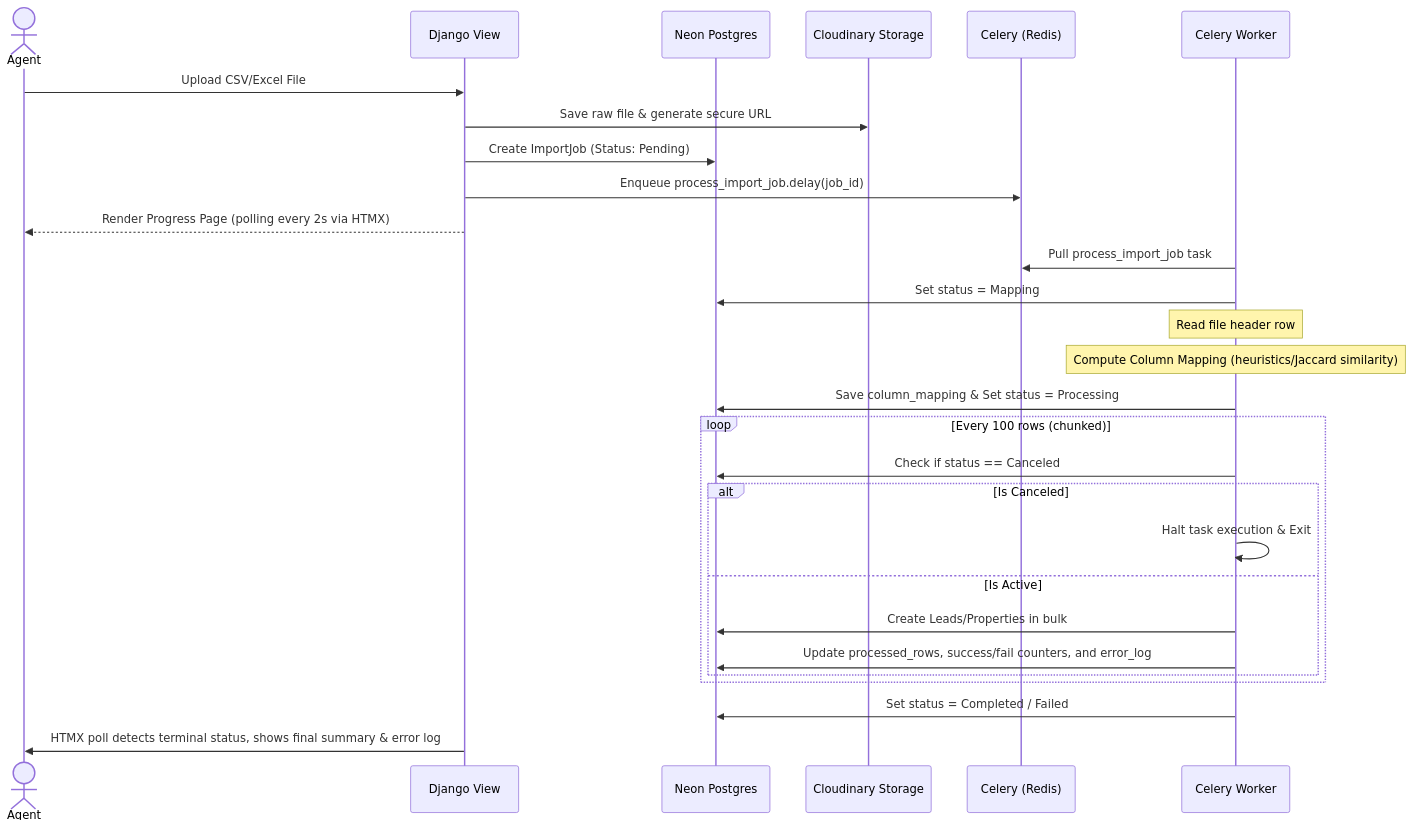
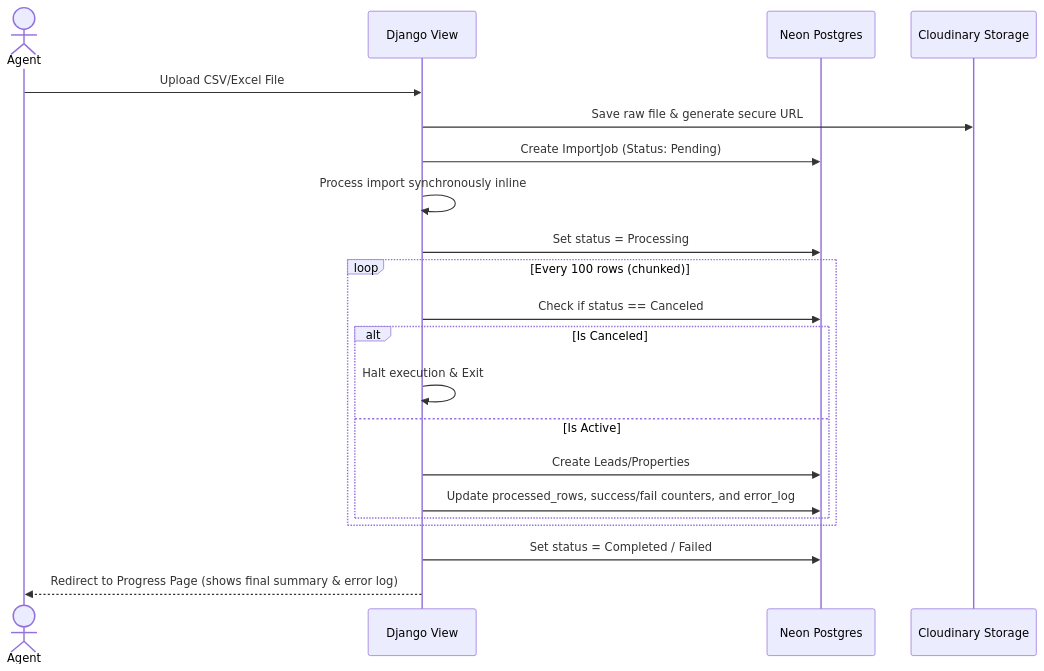
The second of 2 diagrams in DESIGN.md (Harsh20071111/Lead_rescue), drawn with Mermaid before and after one commit. The commit also changed other lines of this file, not shown here.

Commit message:
Update DESIGN.md with inline import processing, memory-efficient Excel streaming, remember-me auth, toast notifications, and UI design patterns

````diff
--- a/DESIGN.md
+++ b/DESIGN.md
@@ -127,34 +127,26 @@
 ```mermaid
 sequenceDiagram
     actor Agent
     participant WebApp as Django View
     participant DB as Neon Postgres
     participant Cloudinary as Cloudinary Storage
-    participant Queue as Celery (Redis)
-    participant Worker as Celery Worker
 
     Agent->>WebApp: Upload CSV/Excel File
     WebApp->>Cloudinary: Save raw file & generate secure URL
     WebApp->>DB: Create ImportJob (Status: Pending)
-    WebApp->>Queue: Enqueue process_import_job.delay(job_id)
-    WebApp-->>Agent: Render Progress Page (polling every 2s via HTMX)
-    
-    Worker->>Queue: Pull process_import_job task
-    Worker->>DB: Set status = Mapping
-    Note over Worker: Read file header row
-    Note over Worker: Compute Column Mapping (heuristics/Jaccard similarity)
-    Worker->>DB: Save column_mapping & Set status = Processing
+    WebApp->>WebApp: Process import synchronously inline
+    WebApp->>DB: Set status = Processing
     
     loop Every 100 rows (chunked)
-        Worker->>DB: Check if status == Canceled
+        WebApp->>DB: Check if status == Canceled
         alt Is Canceled
-            Worker->>Worker: Halt task execution & Exit
+            WebApp->>WebApp: Halt execution & Exit
         else Is Active
-            Worker->>DB: Create Leads/Properties in bulk
-            Worker->>DB: Update processed_rows, success/fail counters, and error_log
+            WebApp->>DB: Create Leads/Properties
+            WebApp->>DB: Update processed_rows, success/fail counters, and error_log
         end
     end
 
-    Worker->>DB: Set status = Completed / Failed
-    WebApp->>Agent: HTMX poll detects terminal status, shows final summary & error log
+    WebApp->>DB: Set status = Completed / Failed
+    WebApp-->>Agent: Redirect to Progress Page (shows final summary & error log)
 ```
````
